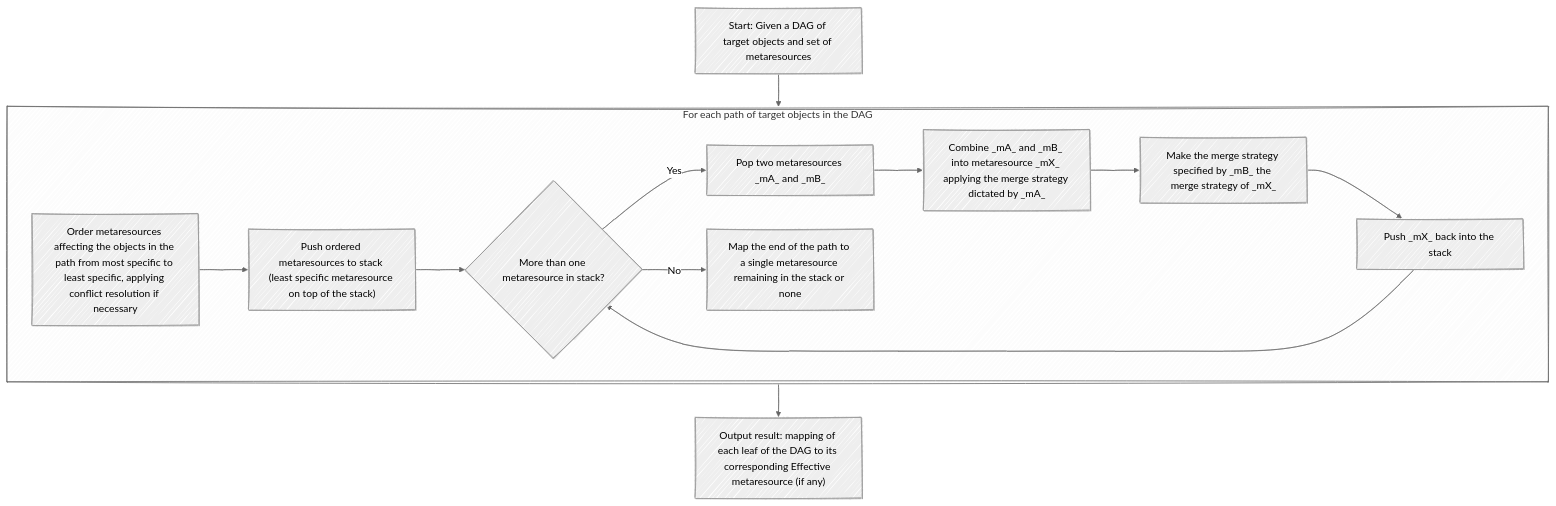
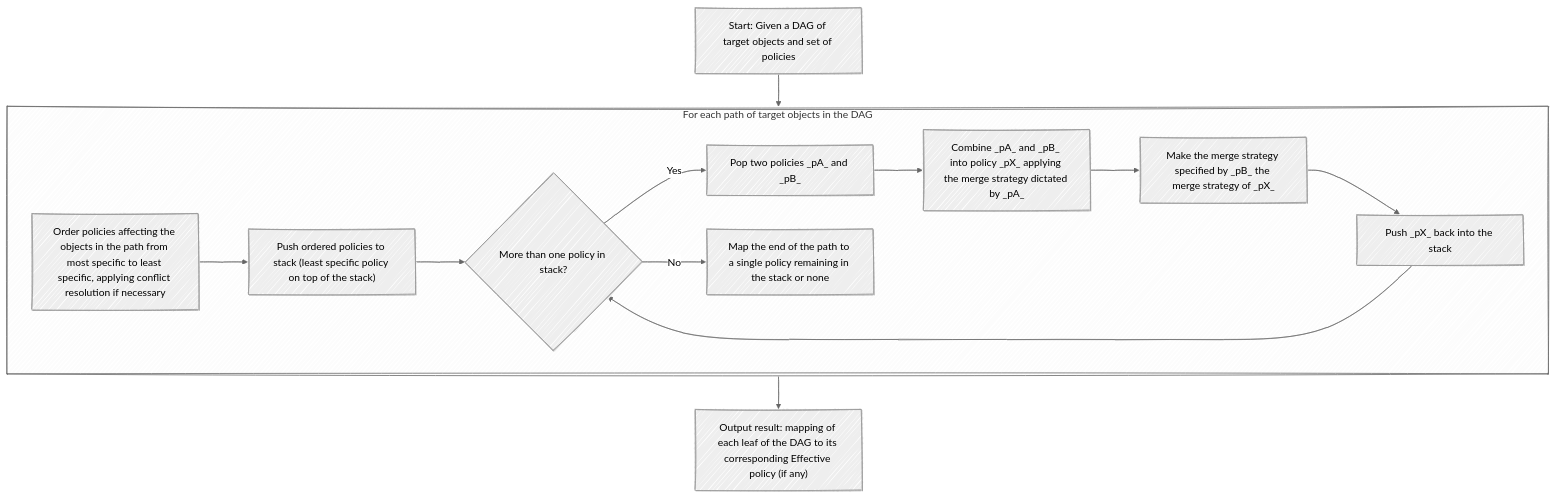
One commit to kubernetes-sigs/gateway-api changed the fourth of 7 diagrams in geps/gep-713/index.md. Above: the diagram before and after it, drawn with Mermaid. The commit also changed other lines of this file, not shown here.

Commit message:
Preferring 'Policy' over 'Metaresource' when prescribing rules/schema/etc in the spec

````diff
--- a/geps/gep-713/index.md
+++ b/geps/gep-713/index.md
@@ -610,21 +619,21 @@
 ```mermaid
 ---
 config:
   look: handDrawn
   theme: neutral
 ---
 graph
-  A[Start: Given a DAG of target objects and set of metaresources] --> sub
-  sub --> L["Output result: mapping of each leaf of the DAG to its corresponding Effective metaresource (if any)"]
+  A[Start: Given a DAG of target objects and set of policies] --> sub
+  sub --> L["Output result: mapping of each leaf of the DAG to its corresponding Effective policy (if any)"]
 
   subgraph sub["For each path of target objects in the DAG"]
-    C["Order metaresources affecting the objects in the path from most specific to least specific, applying conflict resolution if necessary"] --> D["Push ordered metaresources to stack (least specific metaresource on top of the stack)"]
-    D --> E{More than one metaresource in stack?}
-    E -- Yes --> F[Pop two metaresources _mA_ and _mB_]
-    F --> G[Combine _mA_ and _mB_ into metaresource _mX_ applying the merge strategy dictated by _mA_]
-    G --> H[Make the merge strategy specified by _mB_ the merge strategy of _mX_]
-    H --> I[Push _mX_ back into the stack]
+    C["Order policies affecting the objects in the path from most specific to least specific, applying conflict resolution if necessary"] --> D["Push ordered policies to stack (least specific policy on top of the stack)"]
+    D --> E{More than one policy in stack?}
+    E -- Yes --> F[Pop two policies _pA_ and _pB_]
+    F --> G[Combine _pA_ and _pB_ into policy _pX_ applying the merge strategy dictated by _pA_]
+    G --> H[Make the merge strategy specified by _pB_ the merge strategy of _pX_]
+    H --> I[Push _pX_ back into the stack]
     I --> E
-    E -- No --> J[Map the end of the path to a single metaresource remaining in the stack or none]
+    E -- No --> J[Map the end of the path to a single policy remaining in the stack or none]
   end
 ```
````
